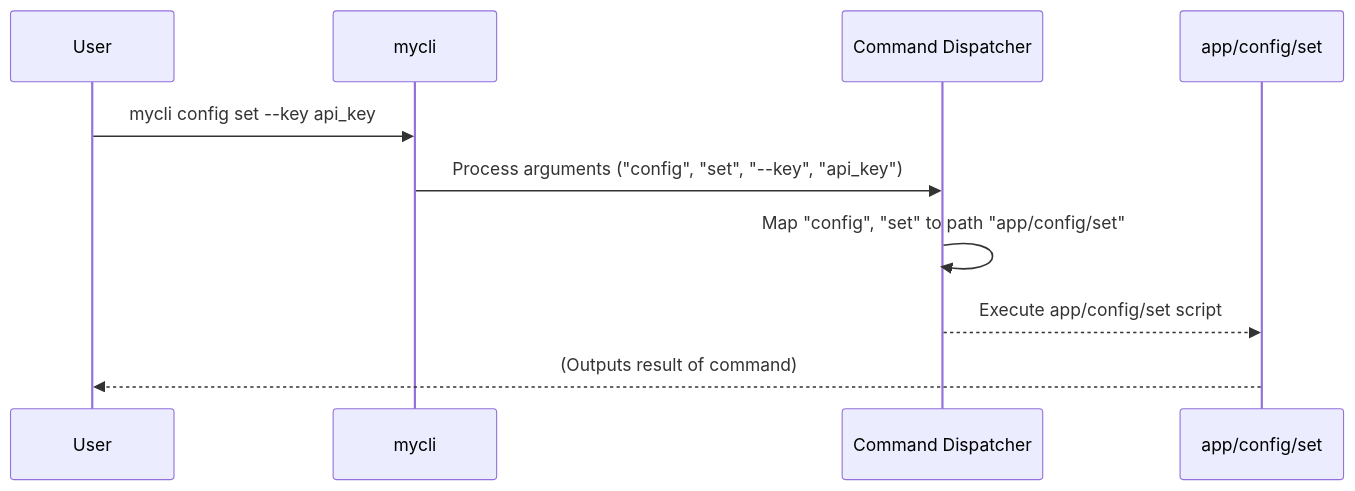
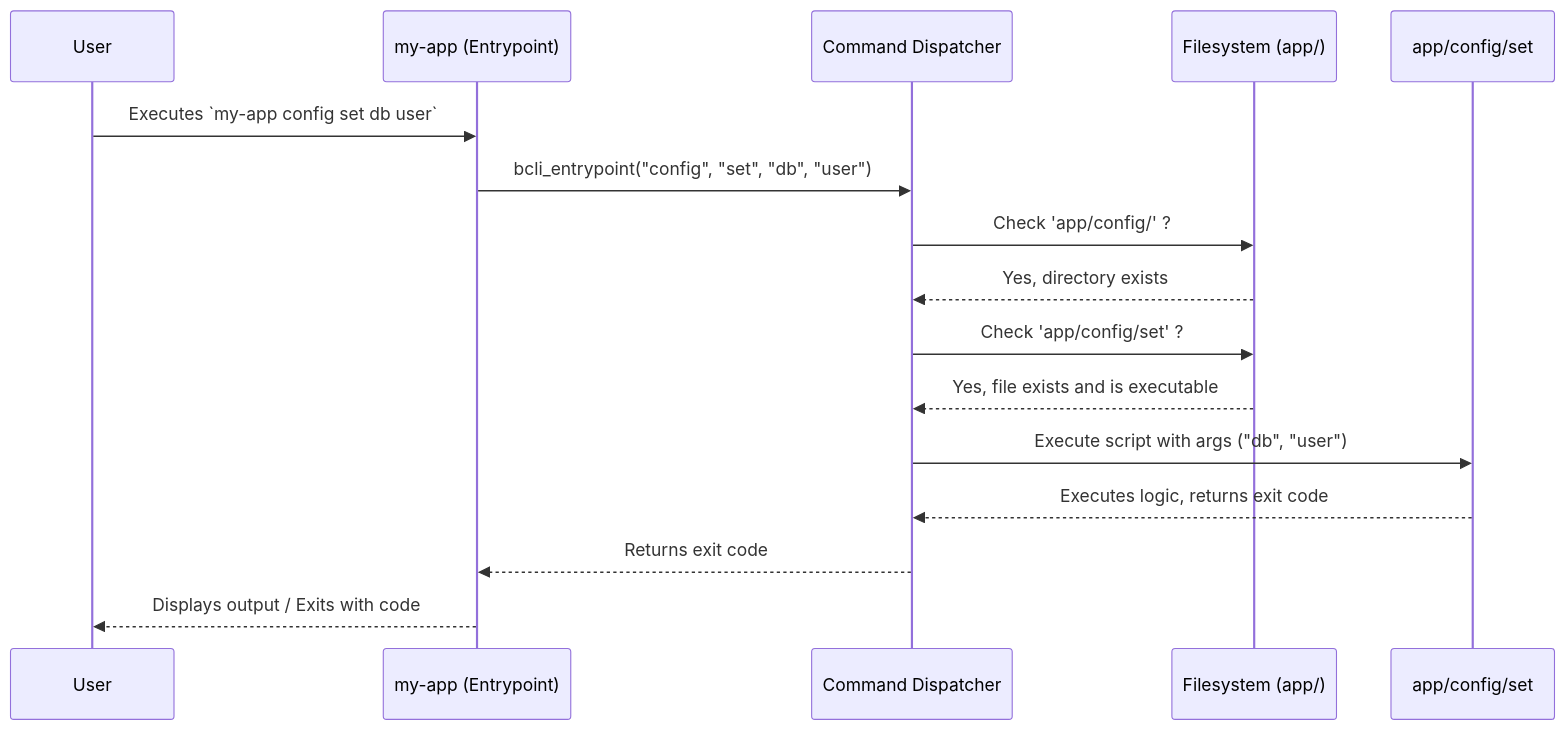
Before and after one commit to aireilly/bash-cli-docs-test: the diagram in docs/01_command_structure___metadata_.md, drawn with Mermaid. The commit also changed other lines of this file and 6 other files, not shown here.

````diff
--- a/docs/01_command_structure___metadata_.md
+++ b/docs/01_command_structure___metadata_.md
@@ -84,13 +100,19 @@
 ```mermaid
 sequenceDiagram
     participant User
-    participant CLI_Entrypoint as mycli
+    participant CLI as my-app (Entrypoint)
     participant Dispatcher as Command Dispatcher
-    participant CommandScript as app/config/set
+    participant FS as Filesystem (app/)
+    participant Command as app/config/set
 
-    User->>CLI_Entrypoint: mycli config set --key api_key
-    CLI_Entrypoint->>Dispatcher: Process arguments ("config", "set", "--key", "api_key")
-    Dispatcher->>Dispatcher: Map "config", "set" to path "app/config/set"
-    Dispatcher-->>CommandScript: Execute app/config/set script
-    CommandScript-->>User: (Outputs result of command)
+    User->>CLI: Executes `my-app config set db user`
+    CLI->>Dispatcher: bcli_entrypoint("config", "set", "db", "user")
+    Dispatcher->>FS: Check 'app/config/' ?
+    FS-->>Dispatcher: Yes, directory exists
+    Dispatcher->>FS: Check 'app/config/set' ?
+    FS-->>Dispatcher: Yes, file exists and is executable
+    Dispatcher->>Command: Execute script with args ("db", "user")
+    Command-->>Dispatcher: Executes logic, returns exit code
+    Dispatcher-->>CLI: Returns exit code
+    CLI-->>User: Displays output / Exits with code
 ```
````
